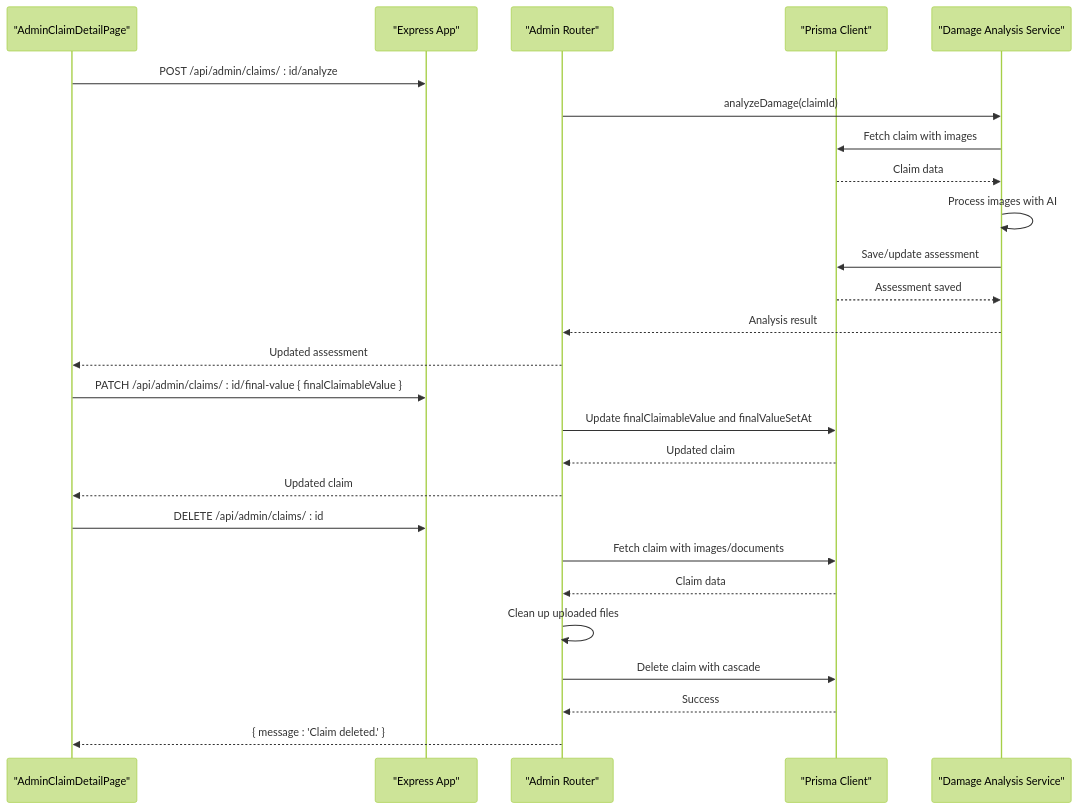
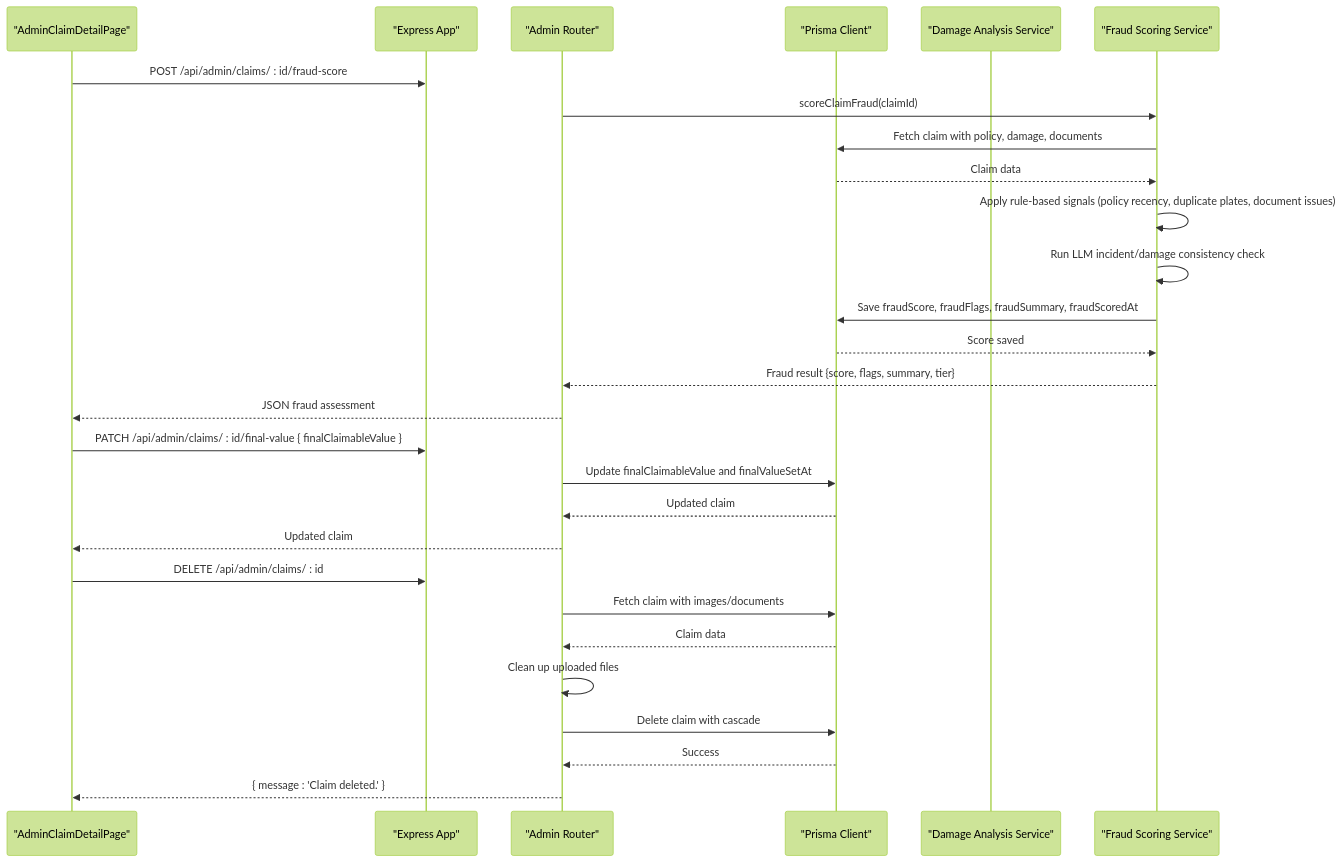
The seventh of 12 diagrams in .qoder/repowiki/en/content/Backend Documentation/API Endpoints Reference/Administrative Endpoints.md (NaveenHiranya/Smart-Vehicle-Insurance-Claim-System), drawn with Mermaid (forest theme) before and after one commit. The commit also changed other lines of this file and 17 other files, not shown here.

Commit message:
feat: Fraud Score

````diff
--- a/.qoder/repowiki/en/content/Backend Documentation/API Endpoints Reference/Administrative Endpoints.md
+++ b/.qoder/repowiki/en/content/Backend Documentation/API Endpoints Reference/Administrative Endpoints.md
@@ -358,28 +369,30 @@
 ```mermaid
 sequenceDiagram
 participant FE as "AdminClaimDetailPage"
 participant API as "Express App"
 participant AR as "Admin Router"
 participant DB as "Prisma Client"
 participant DS as "Damage Analysis Service"
-FE->>API : POST /api/admin/claims/ : id/analyze
-AR->>DS : analyzeDamage(claimId)
-DS->>DB : Fetch claim with images
-DB-->>DS : Claim data
-DS->>DS : Process images with AI
-DS->>DB : Save/update assessment
-DB-->>DS : Assessment saved
-DS-->>AR : Analysis result
-AR-->>FE : Updated assessment
+participant FRS as "Fraud Scoring Service"
+FE->>API : POST /api/admin/claims/ : id/fraud-score
+AR->>FRS : scoreClaimFraud(claimId)
+FRS->>DB : Fetch claim with policy, damage, documents
+DB-->>FRS : Claim data
+FRS->>FRS : Apply rule-based signals (policy recency, duplicate plates, document issues)
+FRS->>FRS : Run LLM incident/damage consistency check
+FRS->>DB : Save fraudScore, fraudFlags, fraudSummary, fraudScoredAt
+DB-->>FRS : Score saved
+FRS-->>AR : Fraud result {score, flags, summary, tier}
+AR-->>FE : JSON fraud assessment
 FE->>API : PATCH /api/admin/claims/ : id/final-value { finalClaimableValue }
 AR->>DB : Update finalClaimableValue and finalValueSetAt
 DB-->>AR : Updated claim
 AR-->>FE : Updated claim
 FE->>API : DELETE /api/admin/claims/ : id
 AR->>DB : Fetch claim with images/documents
 DB-->>AR : Claim data
 AR->>AR : Clean up uploaded files
 AR->>DB : Delete claim with cascade
 DB-->>AR : Success
 AR-->>FE : { message : 'Claim deleted.' }
 ```
````
